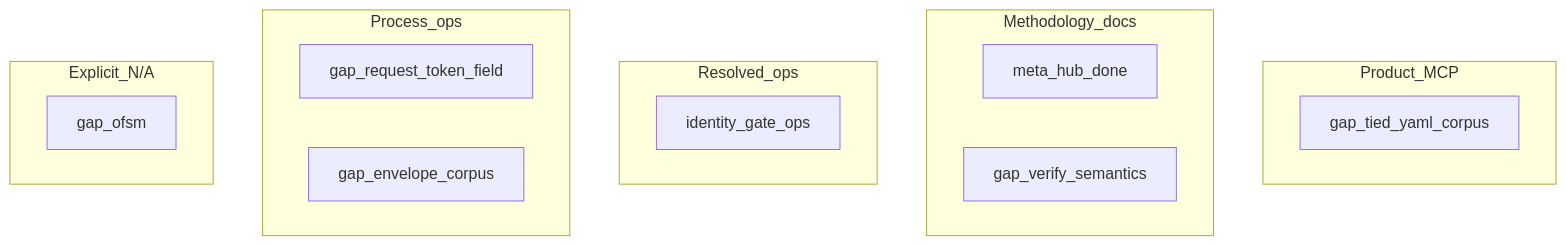
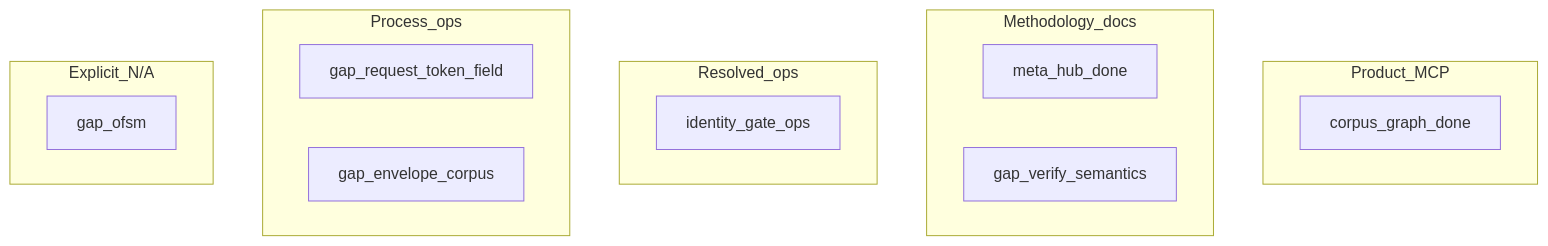
One commit to fareedst/tied changed the diagram in tied-project/working/DOC-STDD-TIED-PROJECT-BROWNFIELD/evidence/gap-planning-handoff.md. Above: the diagram before and after it, drawn with Mermaid. The commit also changed other lines of this file and 5 other files, not shown here.

First line of the commit message:
chore(working): clear EDPC G3 after corpus graph dogfood

````diff
--- a/tied-project/working/DOC-STDD-TIED-PROJECT-BROWNFIELD/evidence/gap-planning-handoff.md
+++ b/tied-project/working/DOC-STDD-TIED-PROJECT-BROWNFIELD/evidence/gap-planning-handoff.md
@@ -21,20 +21,20 @@
 ```mermaid
 flowchart TB
   subgraph product [Product_MCP]
-    G3[gap_tied_yaml_corpus]
+    G3_done[corpus_graph_done]
   end
   subgraph methodology [Methodology_docs]
     G4_done[meta_hub_done]
     G7[gap_verify_semantics]
   end
   subgraph resolved [Resolved_ops]
     G6_done[identity_gate_ops]
   end
   subgraph process [Process_ops]
     G1[gap_request_token_field]
     G5[gap_envelope_corpus]
   end
   subgraph deferred [Explicit_N/A]
     G2[gap_ofsm]
   end
 ```
````
